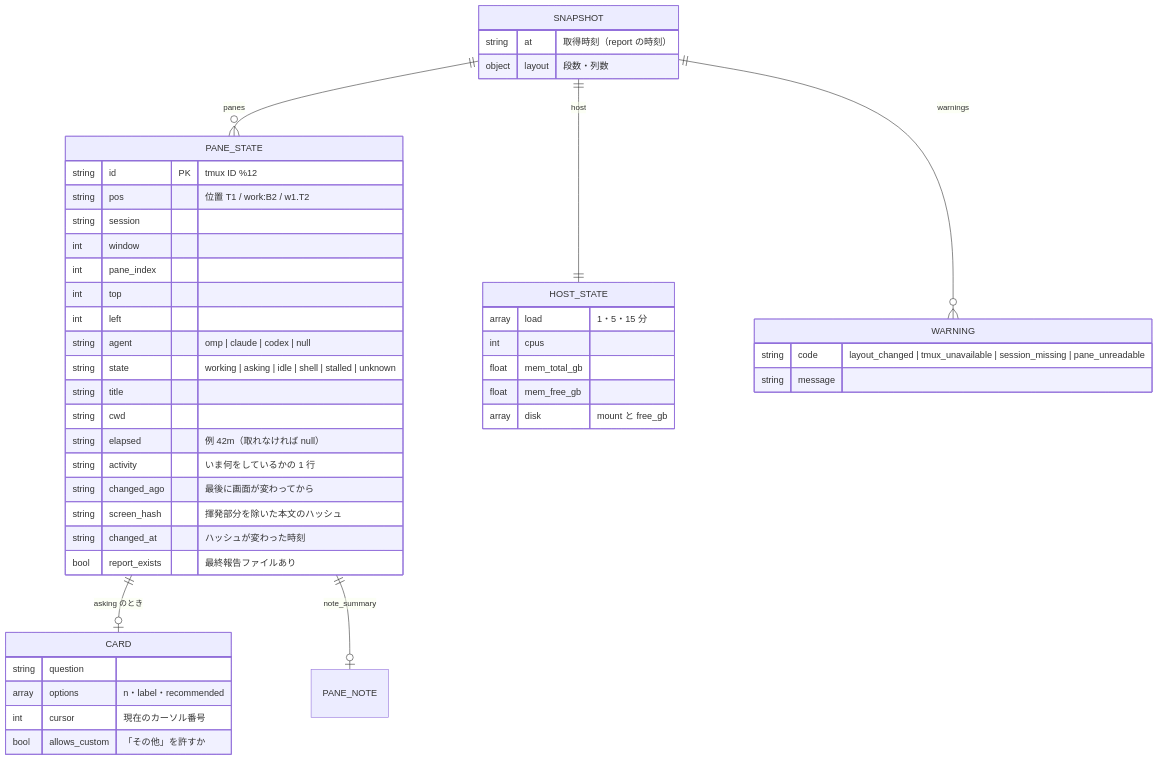
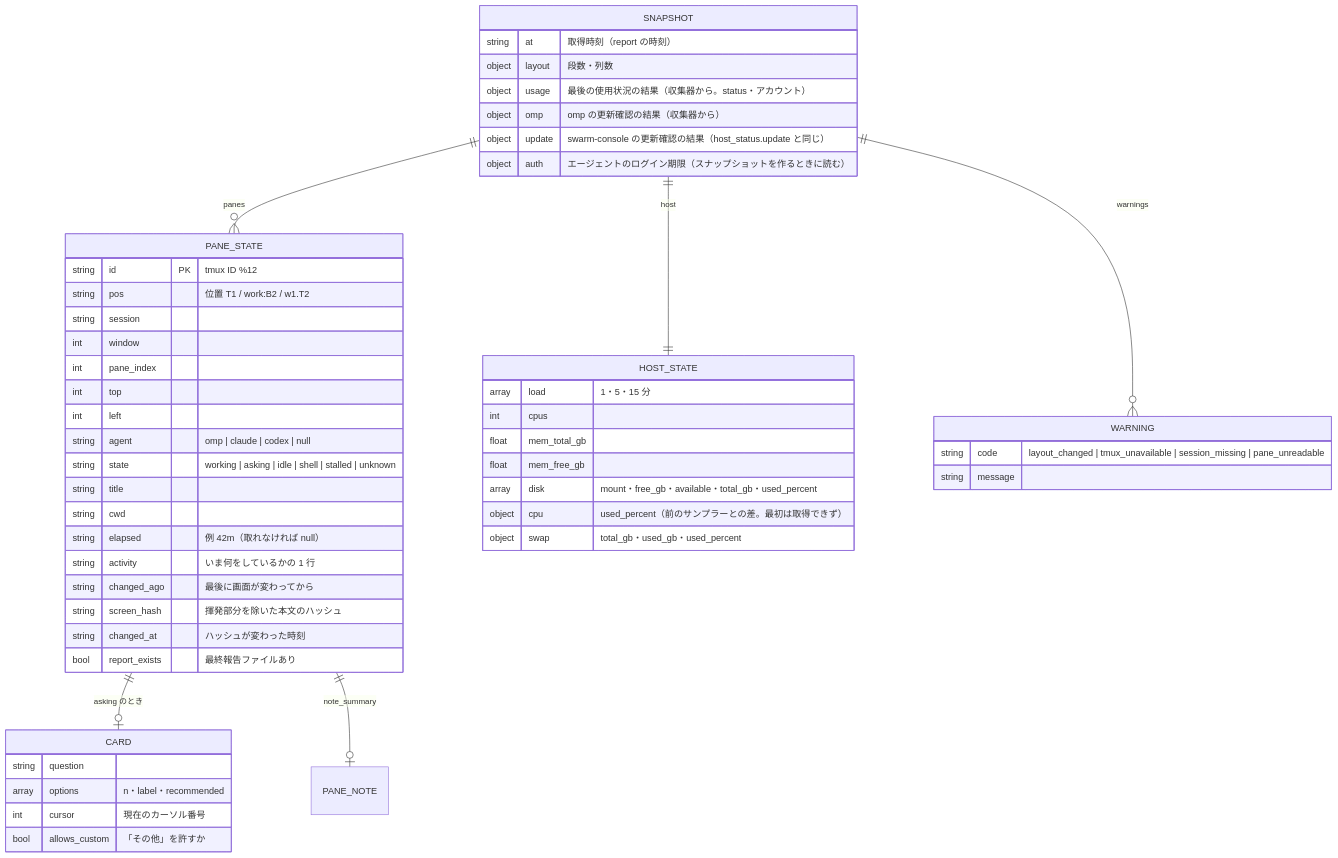
The second of 2 diagrams in docs/architecture/er-runtime.md (ousiassllc/swarm-console), drawn with Mermaid before and after one commit. The commit also changed 15 other files, not shown here.

Commit message:
docs: レポートと host_status に使用状況・CPU・スワップ・ディスク・omp の版・ログイン期限・ペインの経過を足す仕様を追加する（#21 #22 #23 #24 #25）

````diff
--- a/docs/architecture/er-runtime.md
+++ b/docs/architecture/er-runtime.md
@@ -46,49 +46,55 @@
 ```mermaid
 erDiagram
     SNAPSHOT ||--o{ PANE_STATE : "panes"
     SNAPSHOT ||--|| HOST_STATE : "host"
     SNAPSHOT ||--o{ WARNING : "warnings"
     PANE_STATE ||--o| CARD : "asking のとき"
     PANE_STATE ||--o| PANE_NOTE : "note_summary"
 
     SNAPSHOT {
         string at "取得時刻（report の時刻）"
         object layout "段数・列数"
+        object usage "最後の使用状況の結果（収集器から。status・アカウント）"
+        object omp "omp の更新確認の結果（収集器から）"
+        object update "swarm-console の更新確認の結果（host_status.update と同じ）"
+        object auth "エージェントのログイン期限（スナップショットを作るときに読む）"
     }
     PANE_STATE {
         string id PK "tmux ID %12"
         string pos "位置 T1 / work:B2 / w1.T2"
         string session
         int window
         int pane_index
         int top
         int left
         string agent "omp | claude | codex | null"
         string state "working | asking | idle | shell | stalled | unknown"
         string title
         string cwd
         string elapsed "例 42m（取れなければ null）"
         string activity "いま何をしているかの 1 行"
         string changed_ago "最後に画面が変わってから"
         string screen_hash "揮発部分を除いた本文のハッシュ"
         string changed_at "ハッシュが変わった時刻"
         bool report_exists "最終報告ファイルあり"
     }
     CARD {
         string question
         array options "n・label・recommended"
         int cursor "現在のカーソル番号"
         bool allows_custom "「その他」を許すか"
     }
     HOST_STATE {
         array load "1・5・15 分"
         int cpus
         float mem_total_gb
         float mem_free_gb
-        array disk "mount と free_gb"
+        array disk "mount・free_gb・available・total_gb・used_percent"
+        object cpu "used_percent（前のサンプラーとの差。最初は取得できず）"
+        object swap "total_gb・used_gb・used_percent"
     }
     WARNING {
         string code "layout_changed | tmux_unavailable | session_missing | pane_unreadable"
         string message
     }
 ```
````
